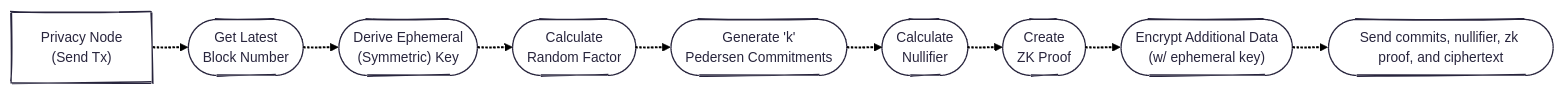
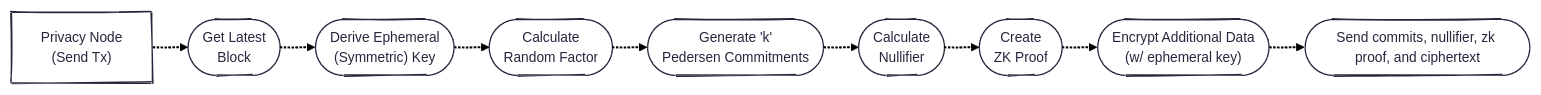
The sixth of 9 diagrams in enygma_payments/README.md (raylsnetwork/Enygma), drawn with Mermaid before and after one commit. The commit also changed other lines of this file, not shown here.

````diff
--- a/enygma_payments/README.md
+++ b/enygma_payments/README.md
@@ -141,23 +146,23 @@
 ```mermaid
 ---
 config:
   theme: redux
   layout: elk
   look: handDrawn
 ---
 flowchart LR
 
     %% PL (Send)
     pl_send["Privacy Node<br>(Send Tx)"]
-    getblock_send(["Get Latest<br>Block Number"])
+    getblock_send(["Get Latest<br>Block"])
     derivesendkey(["Derive Ephemeral<br>(Symmetric) Key"])
     calcR_send(["Calculate<br>Random Factor"])
     tx_commits(["Generate 'k'<br>Pedersen Commitments"])
     nullifier(["Calculate<br>Nullifier"])
     zk_proof(["Create<br>ZK Proof"])
     encrypt_ad(["Encrypt Additional Data<br>(w/ ephemeral key)"])
     send_tx(["Send commits, nullifier, zk proof, and ciphertext"])
 
     pl_send -.-> getblock_send -.-> derivesendkey -.-> calcR_send -.-> tx_commits -.-> nullifier -.-> zk_proof -.-> encrypt_ad -.-> send_tx
 
 ```
````
